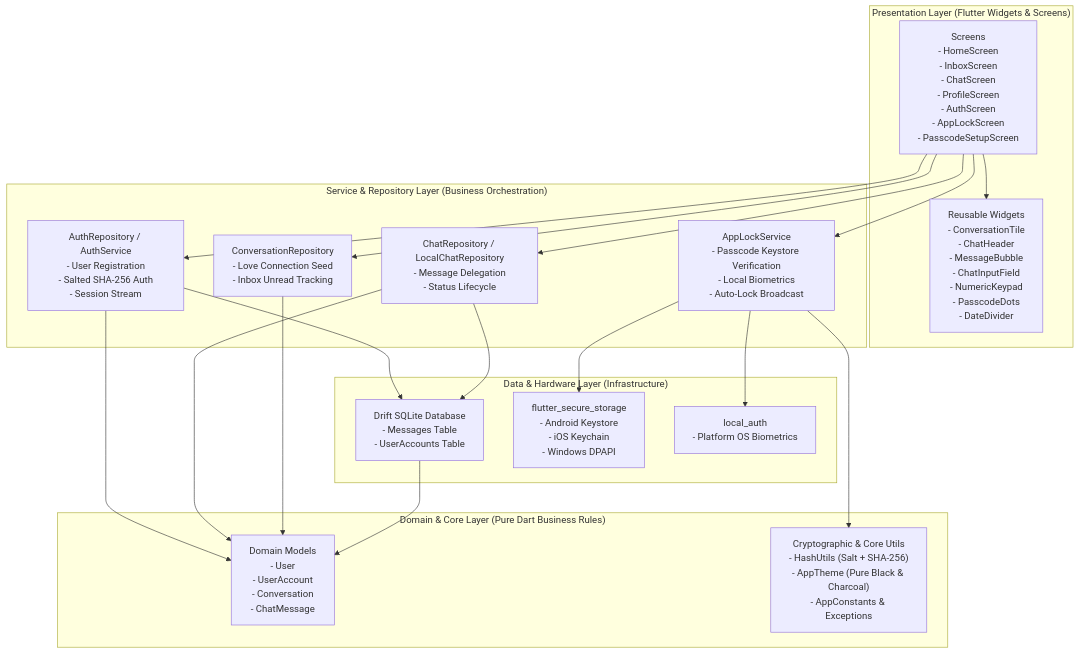
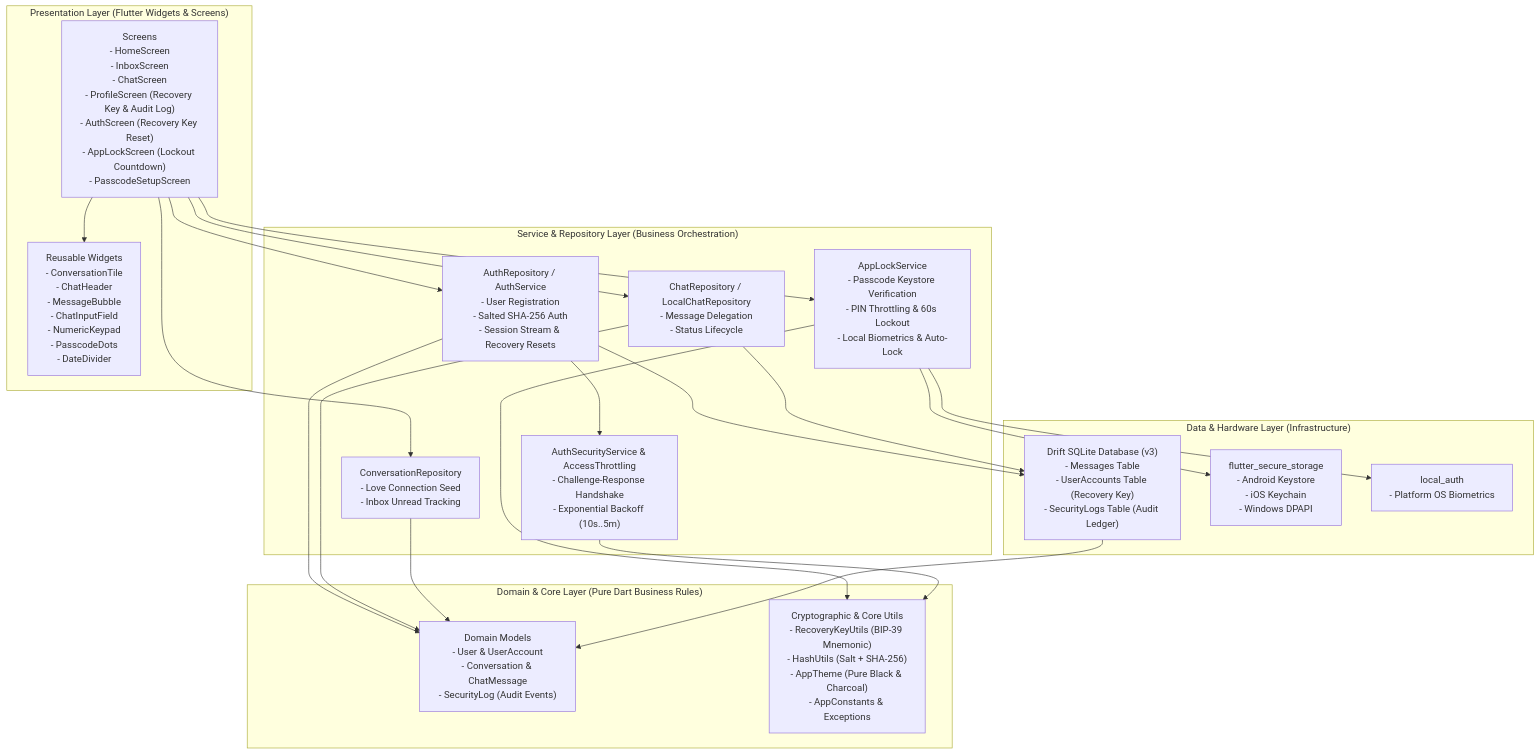
One commit to nazmulfahim3010/ourPlace changed the fifth of 10 diagrams in diagram.md. Above: the diagram before and after it, drawn with Mermaid. The commit also changed other lines of this file and 2 other files, not shown here.

````diff
--- a/diagram.md
+++ b/diagram.md
@@ -240,42 +252,45 @@
 ```mermaid
 flowchart TD
     subgraph PresentationLayer["Presentation Layer (Flutter Widgets & Screens)"]
-        Screens["Screens\n- HomeScreen\n- InboxScreen\n- ChatScreen\n- ProfileScreen\n- AuthScreen\n- AppLockScreen\n- PasscodeSetupScreen"]
+        Screens["Screens\n- HomeScreen\n- InboxScreen\n- ChatScreen\n- ProfileScreen (Recovery Key & Audit Log)\n- AuthScreen (Recovery Key Reset)\n- AppLockScreen (Lockout Countdown)\n- PasscodeSetupScreen"]
         Widgets["Reusable Widgets\n- ConversationTile\n- ChatHeader\n- MessageBubble\n- ChatInputField\n- NumericKeypad\n- PasscodeDots\n- DateDivider"]
     end
 
     subgraph ServiceRepositoryLayer["Service & Repository Layer (Business Orchestration)"]
-        AuthRepo["AuthRepository / AuthService\n- User Registration\n- Salted SHA-256 Auth\n- Session Stream"]
+        AuthRepo["AuthRepository / AuthService\n- User Registration\n- Salted SHA-256 Auth\n- Session Stream & Recovery Resets"]
         ChatRepo["ChatRepository / LocalChatRepository\n- Message Delegation\n- Status Lifecycle"]
         ConvRepo["ConversationRepository\n- Love Connection Seed\n- Inbox Unread Tracking"]
-        AppLockServ["AppLockService\n- Passcode Keystore Verification\n- Local Biometrics\n- Auto-Lock Broadcast"]
+        AppLockServ["AppLockService\n- Passcode Keystore Verification\n- PIN Throttling & 60s Lockout\n- Local Biometrics & Auto-Lock"]
+        SecurityServ["AuthSecurityService & AccessThrottling\n- Challenge-Response Handshake\n- Exponential Backoff (10s..5m)"]
     end
 
     subgraph DomainLayer["Domain & Core Layer (Pure Dart Business Rules)"]
-        Models["Domain Models\n- User\n- UserAccount\n- Conversation\n- ChatMessage"]
-        CryptoCore["Cryptographic & Core Utils\n- HashUtils (Salt + SHA-256)\n- AppTheme (Pure Black & Charcoal)\n- AppConstants & Exceptions"]
+        Models["Domain Models\n- User & UserAccount\n- Conversation & ChatMessage\n- SecurityLog (Audit Events)"]
+        CryptoCore["Cryptographic & Core Utils\n- RecoveryKeyUtils (BIP-39 Mnemonic)\n- HashUtils (Salt + SHA-256)\n- AppTheme (Pure Black & Charcoal)\n- AppConstants & Exceptions"]
     end
 
     subgraph DataStorageLayer["Data & Hardware Layer (Infrastructure)"]
-        DriftDB["Drift SQLite Database\n- Messages Table\n- UserAccounts Table"]
+        DriftDB["Drift SQLite Database (v3)\n- Messages Table\n- UserAccounts Table (Recovery Key)\n- SecurityLogs Table (Audit Ledger)"]
         SecStore["flutter_secure_storage\n- Android Keystore\n- iOS Keychain\n- Windows DPAPI"]
         LocalAuth["local_auth\n- Platform OS Biometrics"]
     end
 
     Screens --> Widgets
     Screens --> AuthRepo
     Screens --> ChatRepo
     Screens --> ConvRepo
     Screens --> AppLockServ
 
+    AuthRepo --> SecurityServ
     AuthRepo --> Models
     ChatRepo --> Models
     ConvRepo --> Models
     AppLockServ --> CryptoCore
+    SecurityServ --> CryptoCore
 
     AuthRepo --> DriftDB
     ChatRepo --> DriftDB
     AppLockServ --> SecStore
     AppLockServ --> LocalAuth
     DriftDB --> Models
 ```
````
